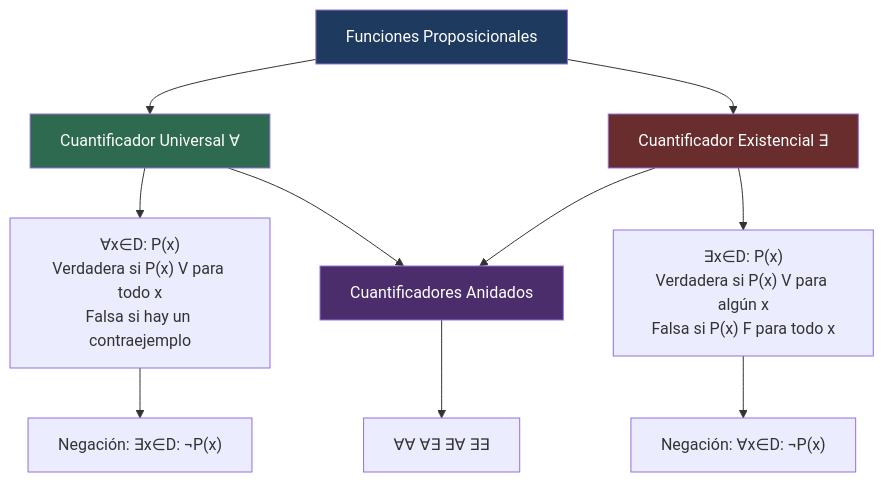
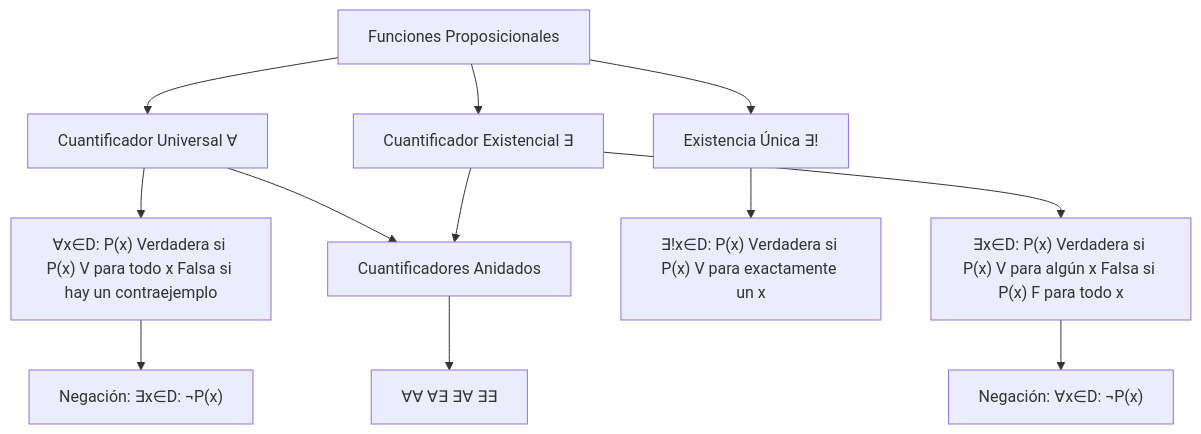
Before and after one commit to Fsteven22/Notas-de-Universidad-Freddy-Sanchez-: the diagram in Universidad/3er Semestre/Matemáticas Discretas/Unidad 1 - Logica y Conjuntos/II - Álgebra Proposicional/02 - Cuantificadores.md, drawn with Mermaid. The commit also changed other lines of this file and 1424 other files, not shown here.

````diff
--- a/Universidad/3er Semestre/Matemáticas Discretas/Unidad 1 - Logica y Conjuntos/II - Álgebra Proposicional/02 - Cuantificadores.md
+++ b/Universidad/3er Semestre/Matemáticas Discretas/Unidad 1 - Logica y Conjuntos/II - Álgebra Proposicional/02 - Cuantificadores.md
@@ -297,20 +351,18 @@
 ```mermaid
 graph TD
     A[Funciones Proposicionales] --> B[Cuantificador Universal ∀]
     A --> C[Cuantificador Existencial ∃]
+    A --> U[Existencia Única ∃!]
     
-    B --> D["∀x∈D: P(x)<br/>Verdadera si P(x) V para todo x<br/>Falsa si hay un contraejemplo"]
-    C --> E["∃x∈D: P(x)<br/>Verdadera si P(x) V para algún x<br/>Falsa si P(x) F para todo x"]
+    B --> D["∀x∈D: P(x) Verdadera si P(x) V para todo x Falsa si hay un contraejemplo"]
+    C --> E["∃x∈D: P(x) Verdadera si P(x) V para algún x Falsa si P(x) F para todo x"]
+    U --> V["∃!x∈D: P(x) Verdadera si P(x) V para exactamente un x"]
     
     D --> F["Negación: ∃x∈D: ¬P(x)"]
     E --> G["Negación: ∀x∈D: ¬P(x)"]
     
     B --> H[Cuantificadores Anidados]
     C --> H
     H --> I[∀∀ ∀∃ ∃∀ ∃∃]
     
-    style A fill:#1e3a5f,color:#fff
-    style B fill:#2d6a4f,color:#fff
-    style C fill:#6a2d2d,color:#fff
-    style H fill:#4a2d6a,color:#fff
 ```
````
